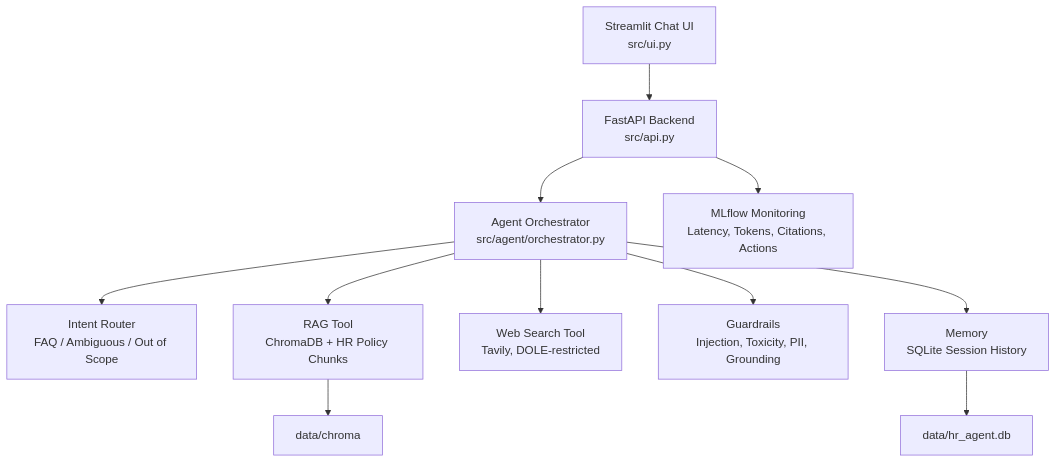
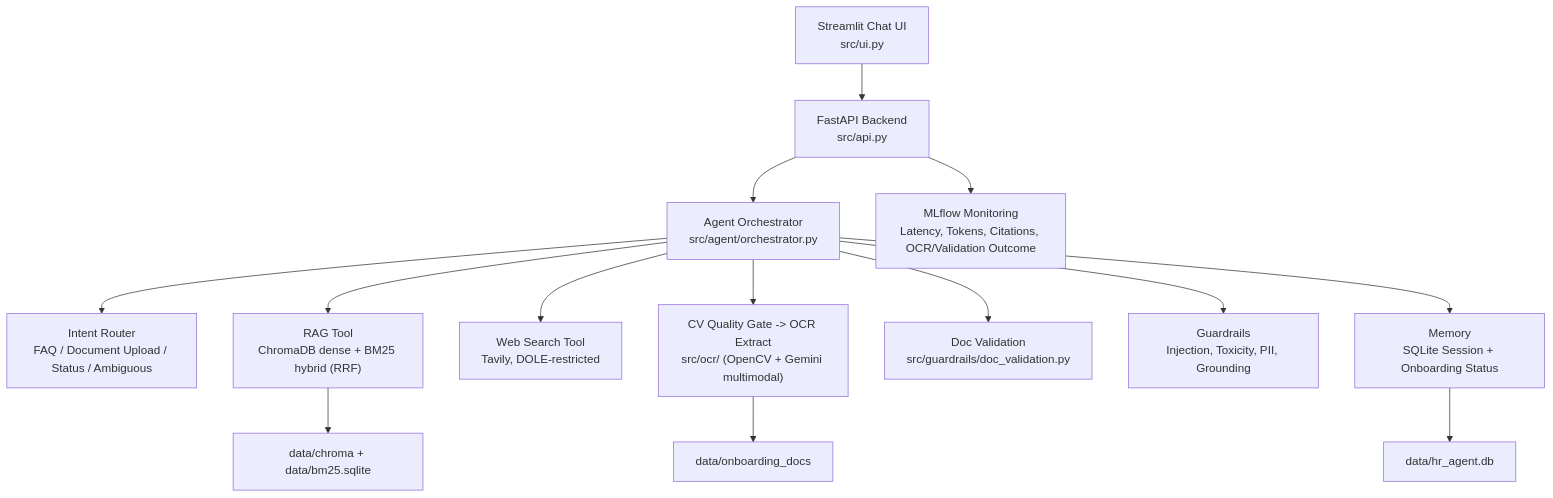
The diagram in README.md (tonyyyy0304/stai-capstone), drawn with Mermaid before and after one commit. The commit also changed other lines of this file and 3 other files, not shown here.

````diff
--- a/README.md
+++ b/README.md
@@ -27,13 +27,16 @@
 ```mermaid
 flowchart TD
     UI["Streamlit Chat UI<br/>src/ui.py"] --> API["FastAPI Backend<br/>src/api.py"]
     API --> Agent["Agent Orchestrator<br/>src/agent/orchestrator.py"]
-    Agent --> Router["Intent Router<br/>FAQ / Ambiguous / Out of Scope"]
-    Agent --> RAG["RAG Tool<br/>ChromaDB + HR Policy Chunks"]
+    Agent --> Router["Intent Router<br/>FAQ / Document Upload / Status / Ambiguous"]
+    Agent --> RAG["RAG Tool<br/>ChromaDB dense + BM25 hybrid (RRF)"]
     Agent --> Web["Web Search Tool<br/>Tavily, DOLE-restricted"]
+    Agent --> CV["CV Quality Gate -> OCR Extract<br/>src/ocr/ (OpenCV + Gemini multimodal)"]
+    Agent --> Validate["Doc Validation<br/>src/guardrails/doc_validation.py"]
     Agent --> Guardrails["Guardrails<br/>Injection, Toxicity, PII, Grounding"]
-    Agent --> Memory["Memory<br/>SQLite Session History"]
-    API --> MLflow["MLflow Monitoring<br/>Latency, Tokens, Citations, Actions"]
-    RAG --> Chroma["data/chroma"]
+    Agent --> Memory["Memory<br/>SQLite Session + Onboarding Status"]
+    API --> MLflow["MLflow Monitoring<br/>Latency, Tokens, Citations, OCR/Validation Outcome"]
+    RAG --> Chroma["data/chroma + data/bm25.sqlite"]
+    CV --> OnboardingDocs["data/onboarding_docs"]
     Memory --> SQLite["data/hr_agent.db"]
 ```
````
